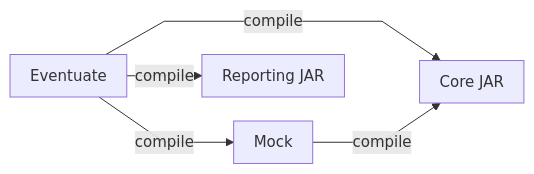
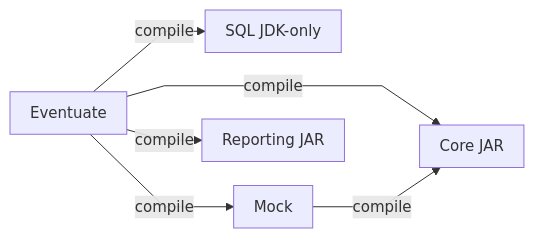
One commit to crististefanita/atf_j2 changed the diagram in docs/ATF_Architecture.md. Above: the diagram before and after it, drawn with Mermaid. The commit also changed other lines of this file and 108 other files, not shown here.

````diff
--- a/docs/ATF_Architecture.md
+++ b/docs/ATF_Architecture.md
@@ -23,8 +24,9 @@
 ```mermaid
 %%{init: {"themeVariables":{"fontSize":"15px"},"themeCSS":".nodeLabel, .nodeLabel p { font-size: 15px !important; line-height: 1.35 !important; } .edgeLabel, .edgeLabel p { font-size: 12px !important; font-weight: 400 !important; line-height: 1.2 !important; } .edgeLabel .labelBkg, .edgeLabel p { background: transparent !important; } .edgeLabel foreignObject { transform: translateY(-18px); overflow: visible; } .node rect { rx: 6px; ry: 6px; }","flowchart":{"curve":"linear","nodeSpacing":24,"rankSpacing":16,"padding":10,"diagramPadding":16}}}%%
 flowchart LR
     Consumer["Eventuate"] -->|compile| Core["Core JAR"]
+    Consumer -->|compile| SQL["SQL JDK-only"]
     Consumer -->|compile| Mock["Mock"]
     Consumer -->|compile| Reporting["Reporting JAR"]
     Mock -->|compile| Core
 ```
````
